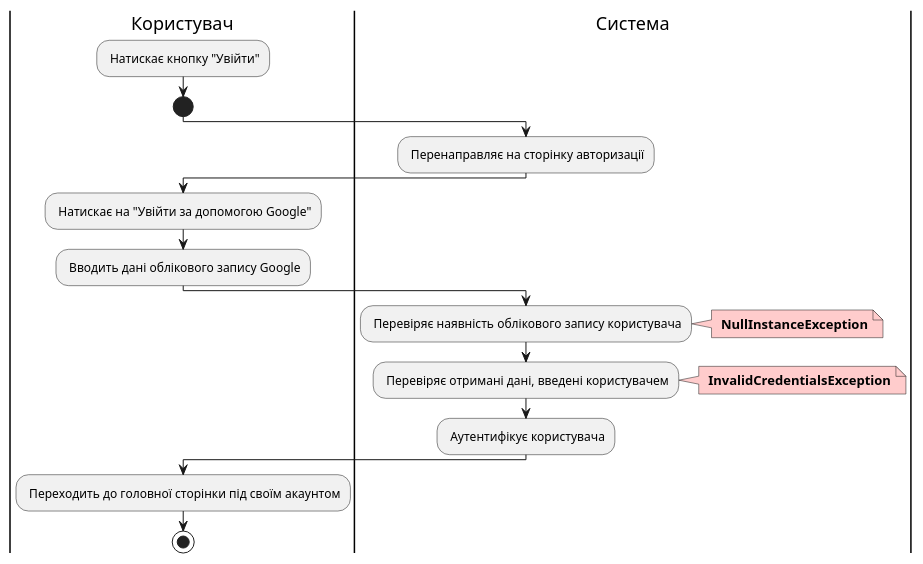
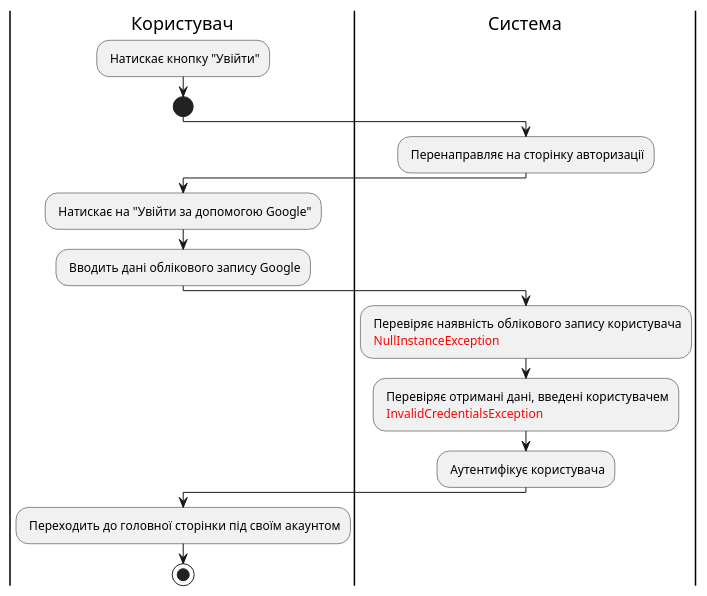
Before and after one commit to makssvelichko/edu_db_labs: the eighth of 20 diagrams in docs/use cases/README.md, drawn with PlantUML. The commit also changed other lines of this file, not shown here.

```diff
--- a/docs/use cases/README.md
+++ b/docs/use cases/README.md
@@ -286,29 +276,27 @@
 @startuml
 
     |Користувач|
      : Натискає кнопку "Увійти";
     start;
 
     |Система|
         : Перенаправляє на сторінку авторизації;
 
     |Користувач|
     : Натискає на "Увійти за допомогою Google";
     : Вводить дані облікового запису Google;
 
     |Система|
-    : Перевіряє наявність облікового запису користувача;
-    note right #FFCCCC
-    <b> NullInstanceException
-    end note
-    : Перевіряє отримані дані, введені користувачем;
-    note right #FFCCCC
-    <b> InvalidCredentialsException
-    end note
+    : Перевіряє наявність облікового запису користувача
+    <font color="red"> NullInstanceException</font>;
+    
+    : Перевіряє отримані дані, введені користувачем
+    <font color="red"> InvalidCredentialsException</font>;
+    
     : Аутентифікує користувача;
 
     |Користувач|
     : Переходить до головної сторінки під своїм акаунтом;
         stop;
 
 @enduml
```
